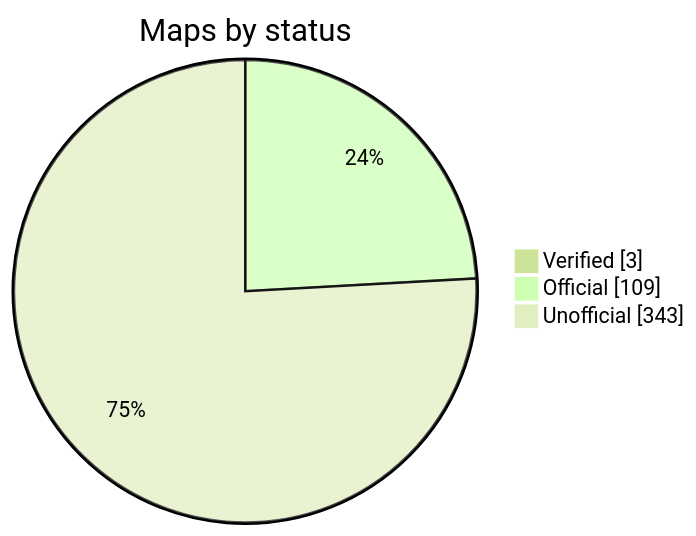
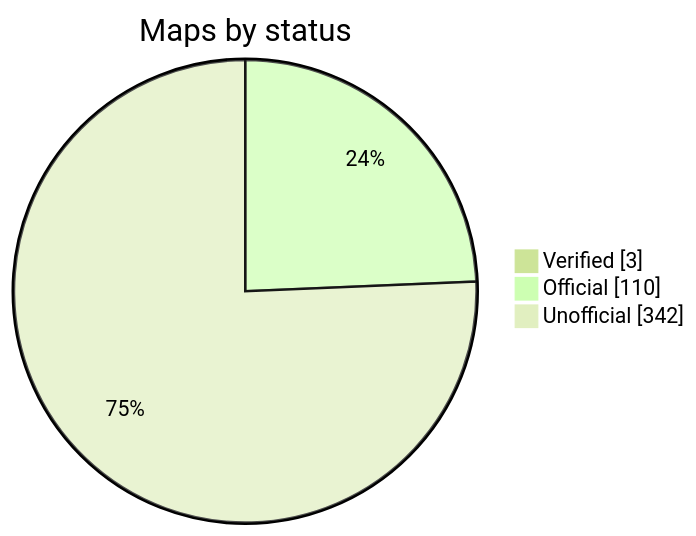
Before and after one commit to nobrega8/mbmap-library: the diagram in README.md, drawn with Mermaid (forest theme). The commit also changed 1 other file, not shown here.

Commit message:
Rebuild the index

````diff
--- a/README.md
+++ b/README.md
@@ -48,7 +48,7 @@
 ```mermaid
 pie showData
     title Maps by status
     "Verified" : 3
-    "Official" : 109
-    "Unofficial" : 343
+    "Official" : 110
+    "Unofficial" : 342
 ```
````
